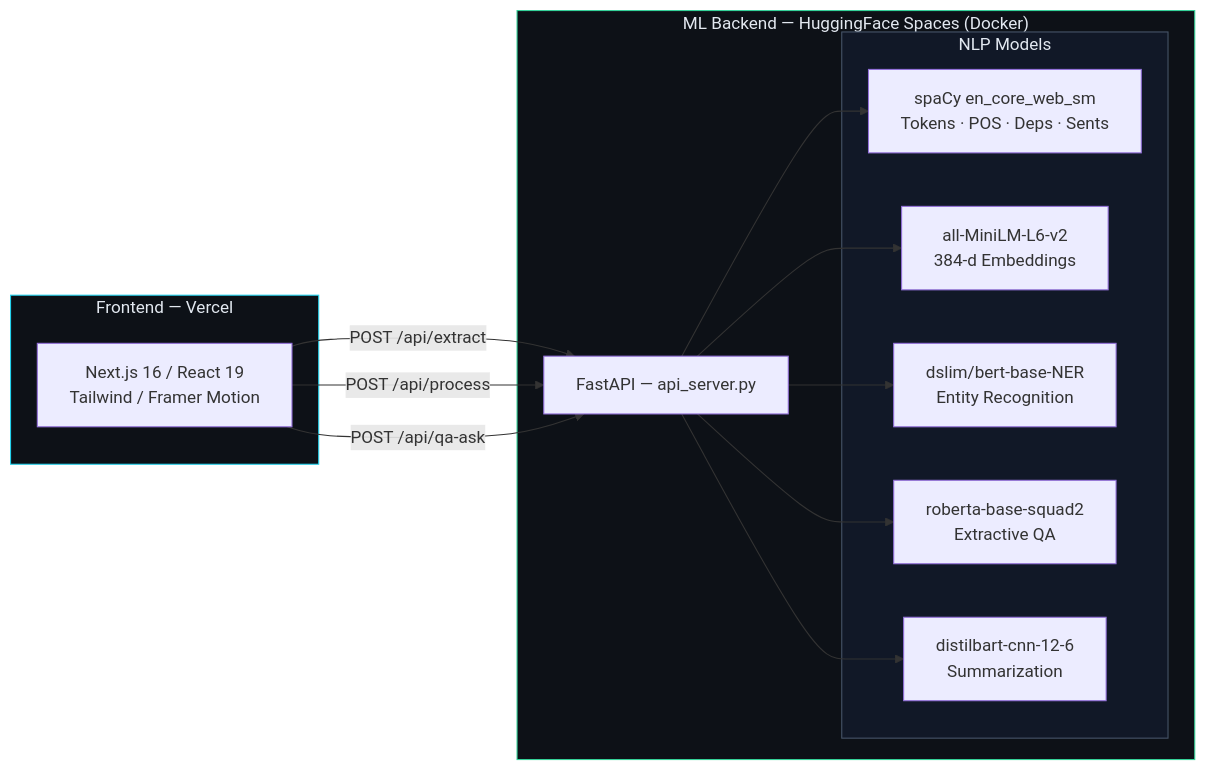
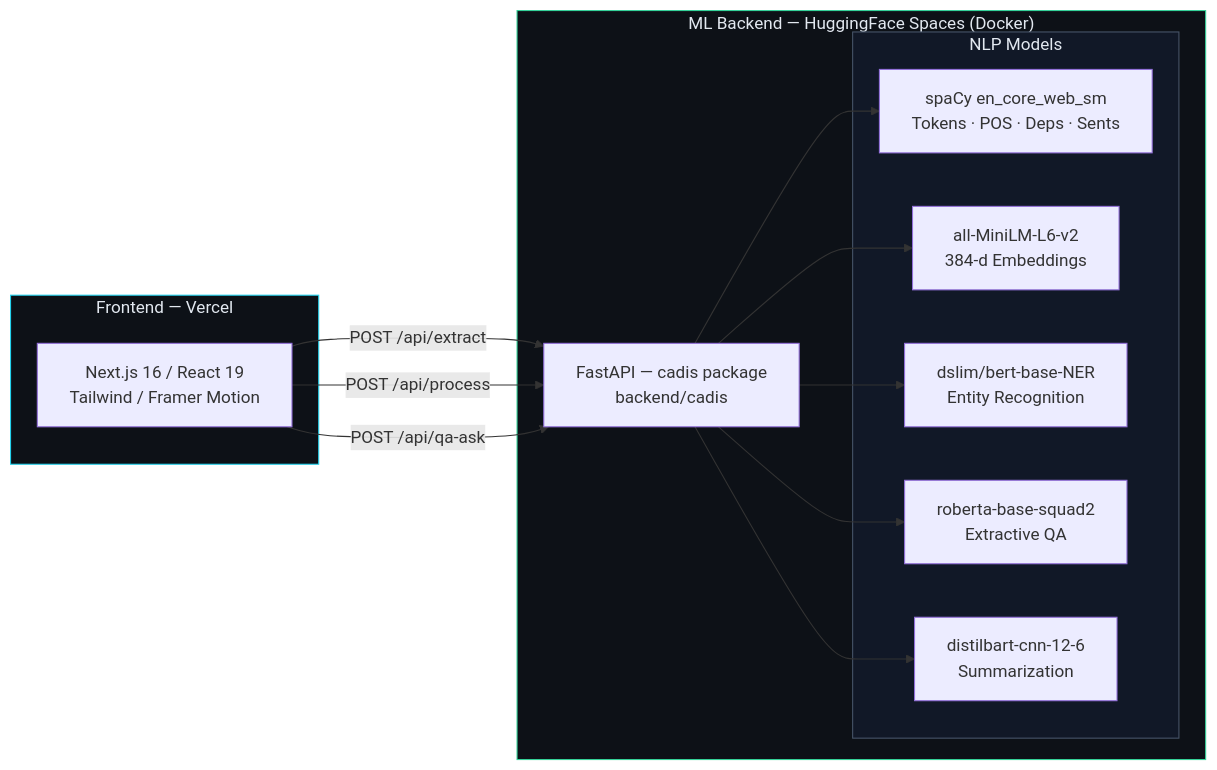
Before and after one commit to MKD2004/CADIS: the diagram in README.md, drawn with Mermaid. The commit also changed other lines of this file and 3 other files, not shown here.

````diff
--- a/README.md
+++ b/README.md
@@ -18,30 +18,30 @@
 ```mermaid
 flowchart LR
     subgraph Client ["Frontend — Vercel"]
         UI["Next.js 16 / React 19<br/>Tailwind / Framer Motion"]
     end
 
     subgraph ML ["ML Backend — HuggingFace Spaces (Docker)"]
-        API["FastAPI — api_server.py"]
+        API["FastAPI — cadis package<br/>backend/cadis"]
         subgraph Models ["NLP Models"]
             SPACY["spaCy en_core_web_sm<br/>Tokens · POS · Deps · Sents"]
             MiniLM["all-MiniLM-L6-v2<br/>384-d Embeddings"]
             BERT["dslim/bert-base-NER<br/>Entity Recognition"]
             RoBERTa["roberta-base-squad2<br/>Extractive QA"]
             BART["distilbart-cnn-12-6<br/>Summarization"]
         end
     end
 
     UI -- "POST /api/extract" --> API
     UI -- "POST /api/process" --> API
     UI -- "POST /api/qa-ask" --> API
     API --> SPACY
     API --> MiniLM
     API --> BERT
     API --> RoBERTa
     API --> BART
 
     style Client fill:#0d1117,stroke:#22d3ee,color:#e2e8f0
     style ML fill:#0d1117,stroke:#34d399,color:#e2e8f0
     style Models fill:#111827,stroke:#475569,color:#e2e8f0
 ```
````
